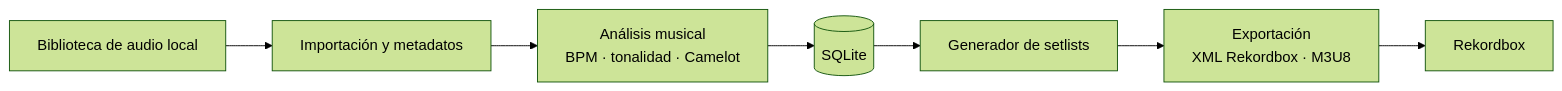
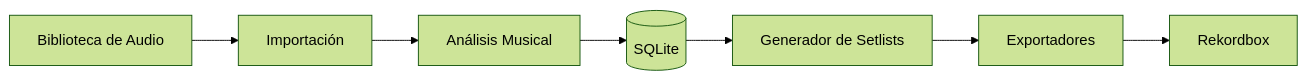
The diagram in README.md (pabloo806/Trabajo-de-Fin-de-Grado), drawn with Mermaid (forest theme) before and after one commit. The commit also changed other lines of this file, not shown here.

````diff
--- a/README.md
+++ b/README.md
@@ -58,13 +91,27 @@
 ```mermaid
 flowchart LR
 
-    AUDIO["Biblioteca de audio local"]
-    IMPORT["Importación y metadatos"]
-    ANALYSIS["Análisis musical<br/>BPM · tonalidad · Camelot"]
+    AUDIO["Biblioteca de Audio"]
+
+    IMPORT["Importación"]
+
+    ANALYSIS["Análisis Musical"]
+
     DB[("SQLite")]
-    GEN["Generador de setlists"]
-    EXPORT["Exportación<br/>XML Rekordbox · M3U8"]
-    RB["Rekordbox"]
 
-    AUDIO --> IMPORT --> ANALYSIS --> DB --> GEN --> EXPORT --> RB
+    GENERATOR["Generador de Setlists"]
+
+    EXPORT["Exportadores"]
+
+    REKORDBOX["Rekordbox"]
+
+    AUDIO --> IMPORT
+    IMPORT --> ANALYSIS
+    ANALYSIS --> DB
+
+    DB --> GENERATOR
+
+    GENERATOR --> EXPORT
+
+    EXPORT --> REKORDBOX
 ```
````
